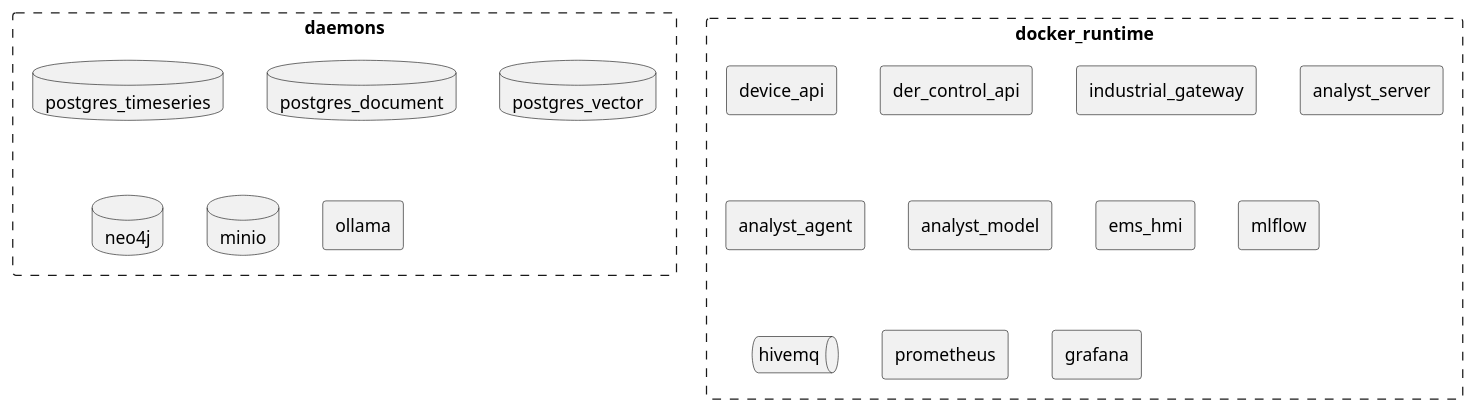
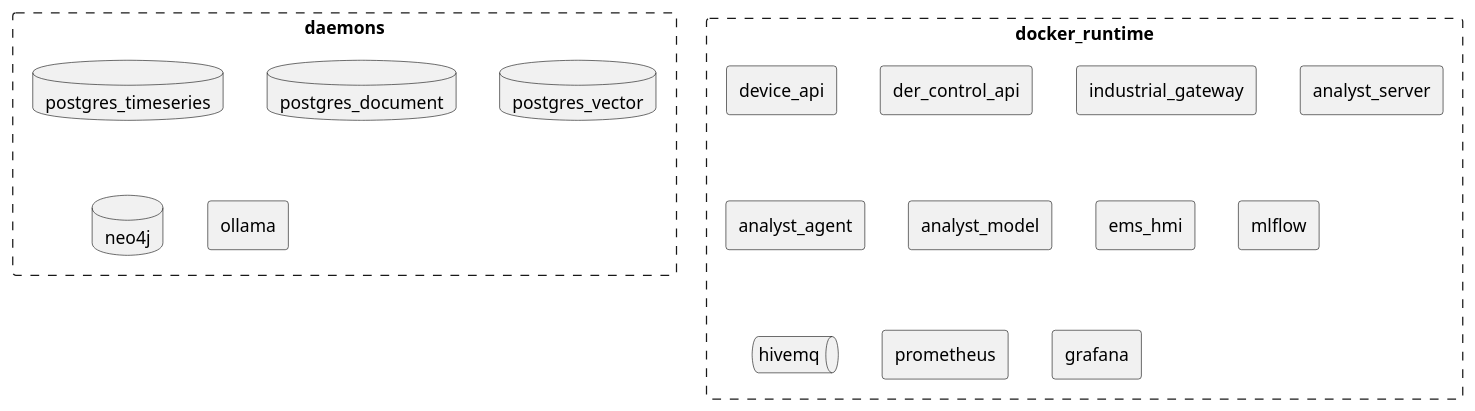
The sixth of 7 diagrams in readme.md (arcnode-io/ems), drawn with PlantUML before and after one commit.

Commit message:
🔥 fix(readme): drop minio from the on-prem daemon layer diagram
Matches platform-api's iso/setup.sh (28a69fc): MinIO was cut there —
upstream killed the community edition's binary/Docker distribution
entirely, and nothing in the codebase ever consumed it. Diagram was
claiming an architecture piece that no longer exists in the real plan.

system_adr.md's §23 "drops the minio container from the air-gapped
variant" reference is left alone — that's a historical ADR entry
correctly describing a past, unrelated removal (device-api's DTM boot
flow), not a current claim that needs updating.

````diff
--- a/readme.md
+++ b/readme.md
@@ -266,25 +266,24 @@
 ```plantuml
 rectangle daemons #line.dashed {
     database postgres_timeseries 
     database postgres_document 
     database postgres_vector
     database neo4j
-    database minio
     rectangle ollama
     }
 
     rectangle docker_runtime #line.dashed {
     rectangle device_api
     rectangle der_control_api
     rectangle industrial_gateway
     rectangle analyst_server
     rectangle analyst_agent
     rectangle analyst_model
     rectangle ems_hmi
     rectangle mlflow
     queue hivemq
     rectangle prometheus
     rectangle grafana
 }
 
 ```
````
